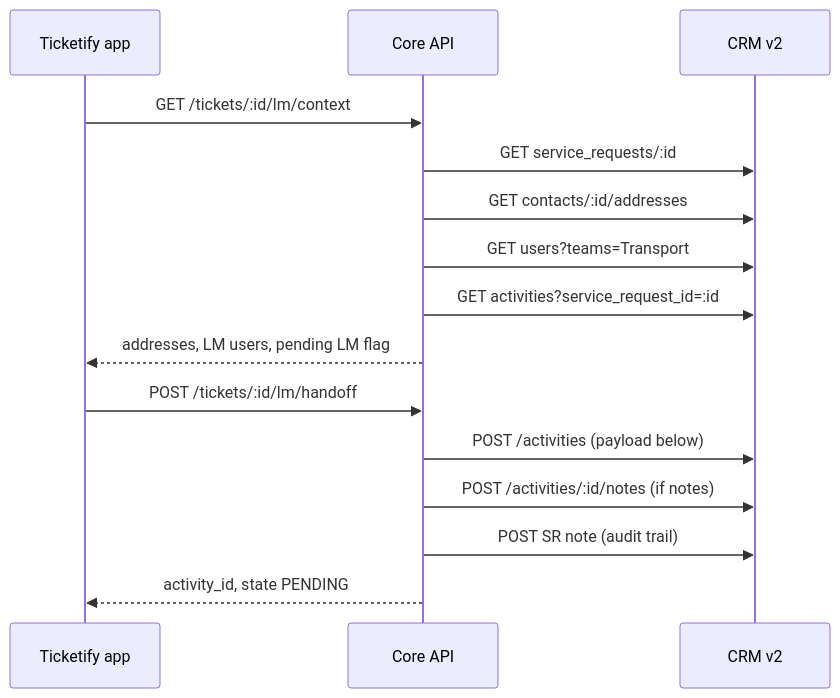
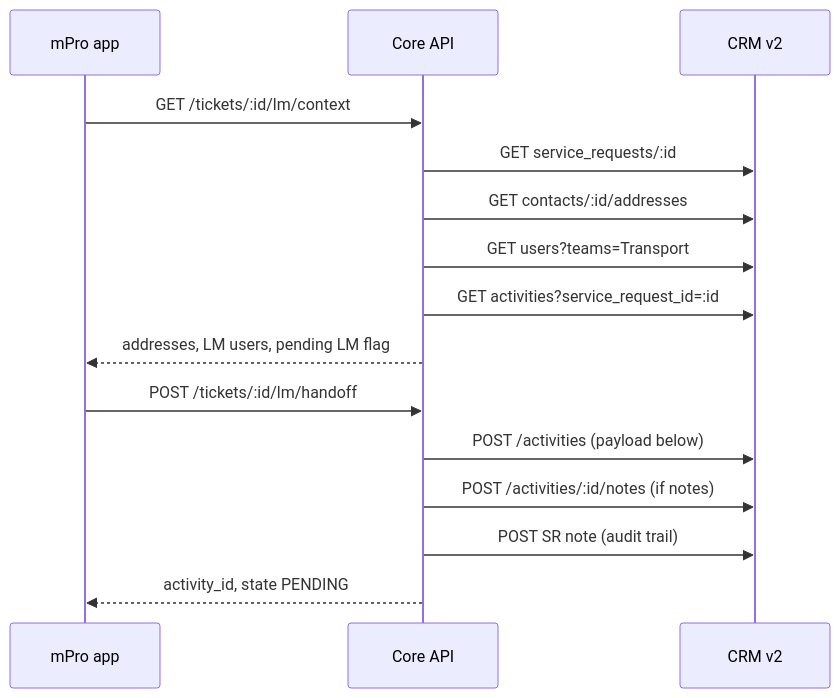
One commit to Roak-kenandy/ticketify changed the diagram in docs/LM_HANDOFF_FLOW.md. Above: the diagram before and after it, drawn with Mermaid. The commit also changed other lines of this file and 33 other files, not shown here.

Commit message:
Rename the app from Ticketify to mPro

````diff
--- a/docs/LM_HANDOFF_FLOW.md
+++ b/docs/LM_HANDOFF_FLOW.md
@@ -25,19 +25,19 @@
 ```mermaid
 sequenceDiagram
-  participant App as Ticketify app
+  participant App as mPro app
   participant API as Core API
   participant CRM as CRM v2
 
   App->>API: GET /tickets/:id/lm/context
   API->>CRM: GET service_requests/:id
   API->>CRM: GET contacts/:id/addresses
   API->>CRM: GET users?teams=Transport
   API->>CRM: GET activities?service_request_id=:id
   API-->>App: addresses, LM users, pending LM flag
 
   App->>API: POST /tickets/:id/lm/handoff
   API->>CRM: POST /activities (payload below)
   API->>CRM: POST /activities/:id/notes (if notes)
   API->>CRM: POST SR note (audit trail)
   API-->>App: activity_id, state PENDING
 ```
````
